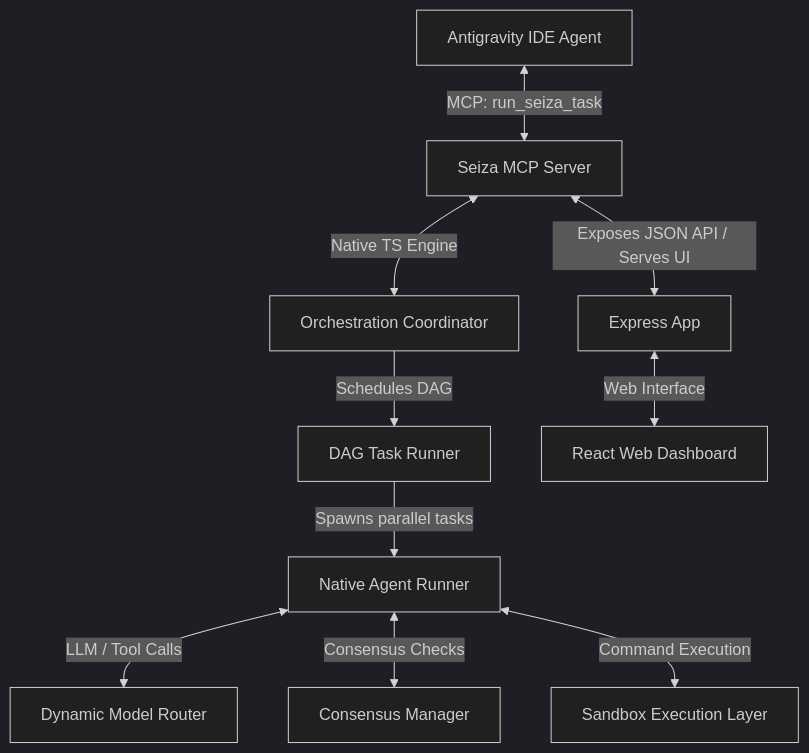
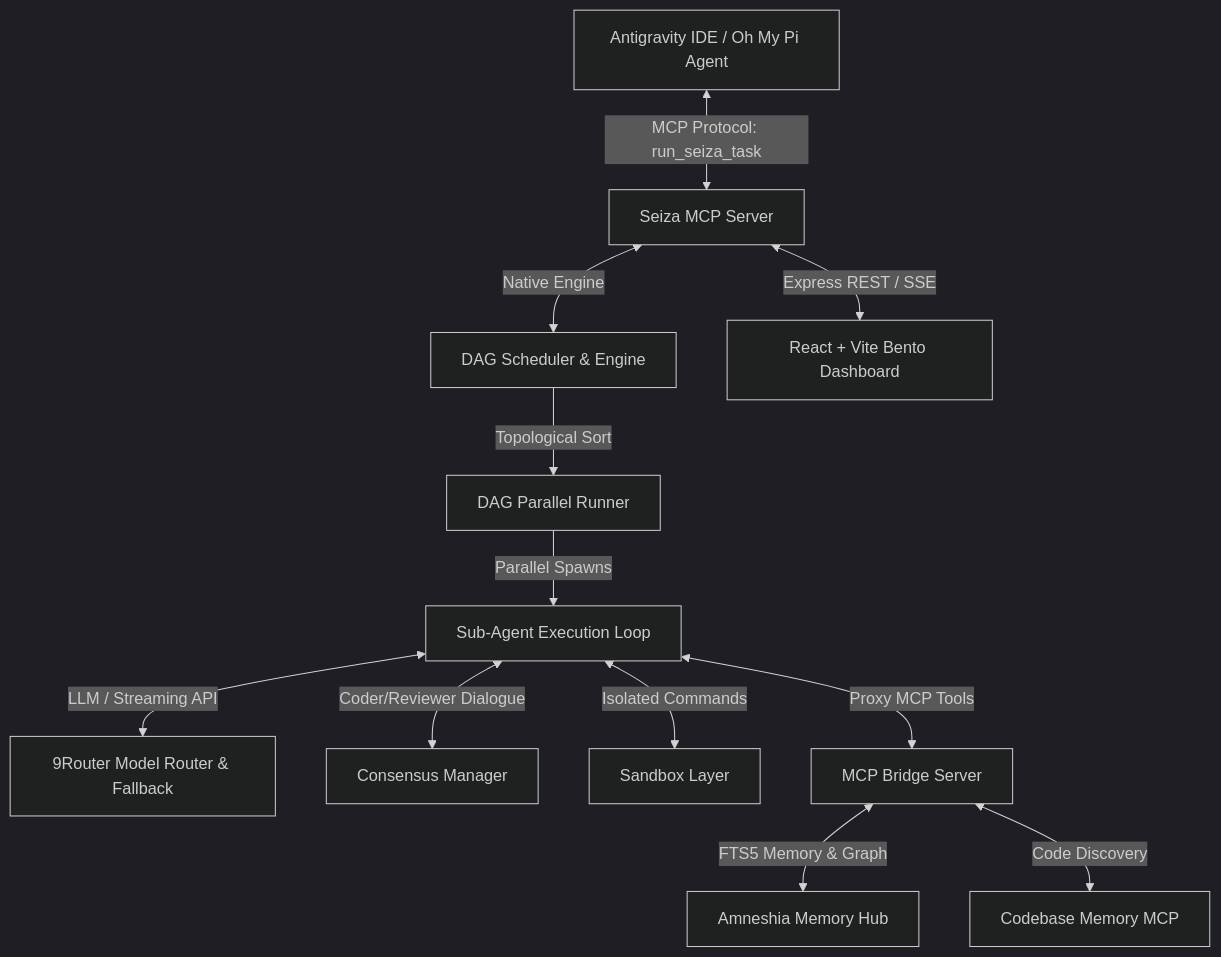
One commit to SabilMurti/Seiza changed the diagram in README.md. Above: the diagram before and after it, drawn with Mermaid (dark theme). The commit also changed other lines of this file and 9 other files, not shown here.

Commit message:
feat: audit, hardening, model retry fallback, bridge reconnects, TS fixes & CI/CD pipeline

````diff
--- a/README.md
+++ b/README.md
@@ -5,12 +9,14 @@
 ```mermaid
 graph TD
-    IDE[Antigravity IDE Agent] <-->|MCP: run_seiza_task| Server[Seiza MCP Server]
-    Server <-->|Native TS Engine| Orchestrator[Orchestration Coordinator]
-    Orchestrator -->|Schedules DAG| DAGRunner[DAG Task Runner]
-    DAGRunner -->|Spawns parallel tasks| Runner[Native Agent Runner]
-    Runner <-->|LLM / Tool Calls| Router[Dynamic Model Router]
-    Runner <-->|Consensus Checks| Debate[Consensus Manager]
-    Runner <-->|Command Execution| Sandbox[Sandbox Execution Layer]
-    Server <-->|Exposes JSON API / Serves UI| Express[Express App]
-    Express <-->|Web Interface| Dashboard[React Web Dashboard]
+    Parent[Antigravity IDE / Oh My Pi Agent] <-->|MCP Protocol: run_seiza_task| Server[Seiza MCP Server]
+    Server <-->|Native Engine| Core[DAG Scheduler & Engine]
+    Core -->|Topological Sort| DAGRunner[DAG Parallel Runner]
+    DAGRunner -->|Parallel Spawns| Runner[Sub-Agent Execution Loop]
+    Runner <-->|LLM / Streaming API| Router[9Router Model Router & Fallback]
+    Runner <-->|Coder/Reviewer Dialogue| Consensus[Consensus Manager]
+    Runner <-->|Isolated Commands| Sandbox[Sandbox Layer]
+    Runner <-->|Proxy MCP Tools| Bridge[MCP Bridge Server]
+    Bridge <-->|FTS5 Memory & Graph| Amneshia[Amneshia Memory Hub]
+    Bridge <-->|Code Discovery| CodebaseMCP[Codebase Memory MCP]
+    Server <-->|Express REST / SSE| Dashboard[React + Vite Bento Dashboard]
 ```
````
